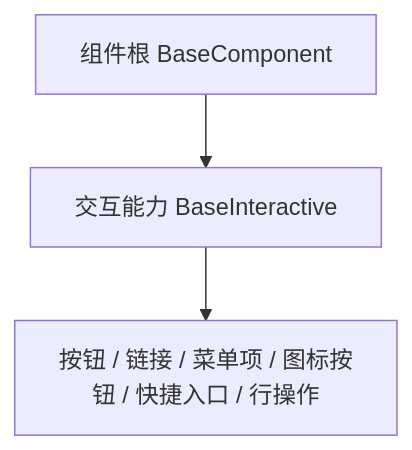
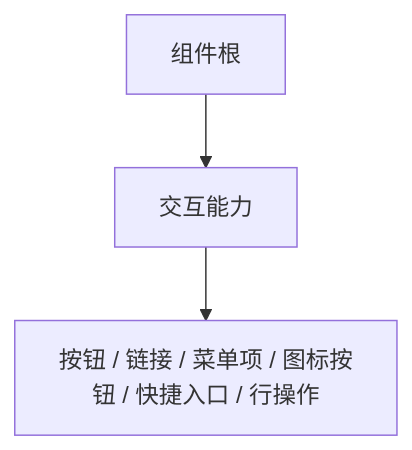
The diagram in bms文档/设计/组件设计/02_基础组件类/02_能力类/01_组件设计_交互能力/01_组件设计_交互能力.md (minjian123/basic-management-system), drawn with Mermaid before and after one commit. The commit also changed other lines of this file and 238 other files, not shown here.

````diff
--- a/bms文档/设计/组件设计/02_基础组件类/02_能力类/01_组件设计_交互能力/01_组件设计_交互能力.md
+++ b/bms文档/设计/组件设计/02_基础组件类/02_能力类/01_组件设计_交互能力/01_组件设计_交互能力.md
@@ -15,5 +16,5 @@
 ```mermaid
 flowchart TD
-    COMP["组件根 BaseComponent"] --> I["交互能力 BaseInteractive"]
+    COMP["组件根"] --> I["交互能力"]
     I --> A["按钮 / 链接 / 菜单项 / 图标按钮 / 快捷入口 / 行操作"]
 ```
````
